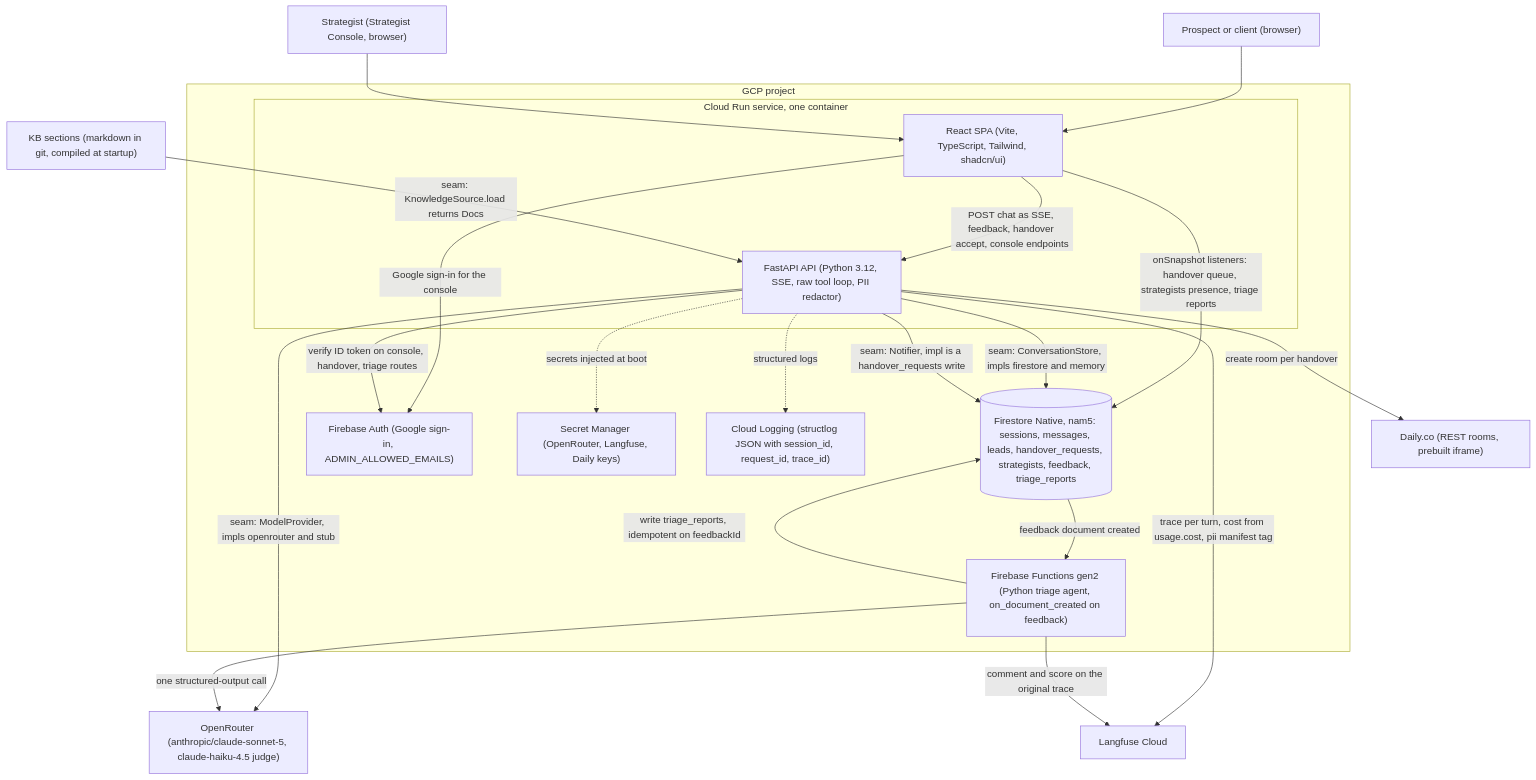
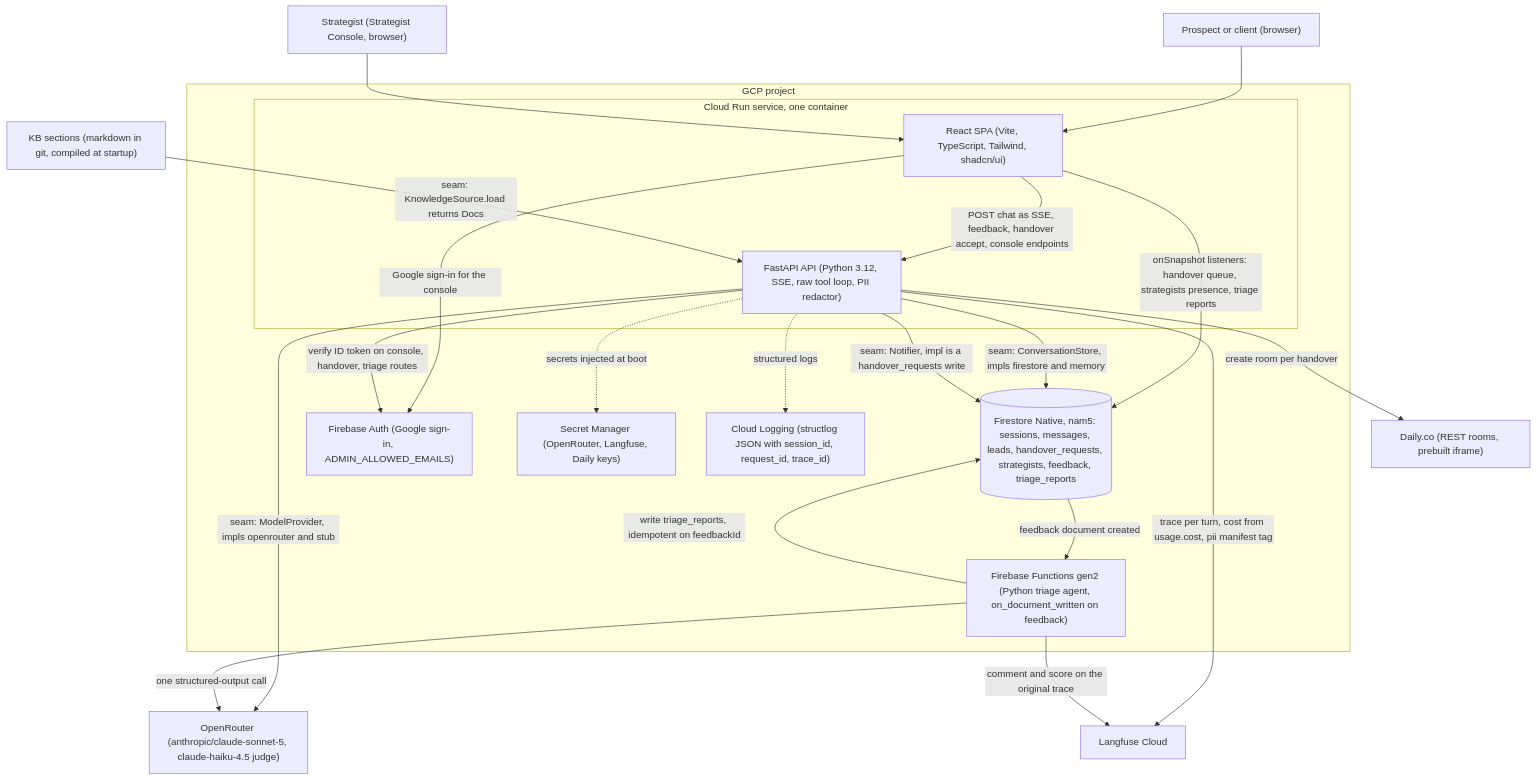
The second of 7 diagrams in docs/architecture.md (gsbecerrag/cadre-ai-challenge), drawn with Mermaid before and after one commit. The commit also changed other lines of this file, not shown here.

First line of the commit message:
docs(architecture): the Triage Report's shape and the trigger it is written from (ticket 14)

````diff
--- a/docs/architecture.md
+++ b/docs/architecture.md
@@ -37,37 +37,37 @@
 ```mermaid
 flowchart TB
   prospect["Prospect or client (browser)"]
   strategist["Strategist (Strategist Console, browser)"]
   kb["KB sections (markdown in git, compiled at startup)"]
   subgraph gcp["GCP project"]
     subgraph run["Cloud Run service, one container"]
       spa["React SPA (Vite, TypeScript, Tailwind, shadcn/ui)"]
       api["FastAPI API (Python 3.12, SSE, raw tool loop, PII redactor)"]
     end
     fs[("Firestore Native, nam5: sessions, messages, leads, handover_requests, strategists, feedback, triage_reports")]
     auth["Firebase Auth (Google sign-in, ADMIN_ALLOWED_EMAILS)"]
-    fn["Firebase Functions gen2 (Python triage agent, on_document_created on feedback)"]
+    fn["Firebase Functions gen2 (Python triage agent, on_document_written on feedback)"]
     sm["Secret Manager (OpenRouter, Langfuse, Daily keys)"]
     logs["Cloud Logging (structlog JSON with session_id, request_id, trace_id)"]
   end
   llm["OpenRouter (anthropic/claude-sonnet-5, claude-haiku-4.5 judge)"]
   langfuse["Langfuse Cloud"]
   daily["Daily.co (REST rooms, prebuilt iframe)"]
   prospect & strategist --> spa
   spa -->|"POST chat as SSE, feedback, handover accept, console endpoints"| api
   spa -->|"onSnapshot listeners: handover queue, strategists presence, triage reports"| fs
   spa -->|"Google sign-in for the console"| auth
   kb -->|"seam: KnowledgeSource.load returns Docs"| api
   api -->|"seam: ModelProvider, impls openrouter and stub"| llm
   api -->|"seam: ConversationStore, impls firestore and memory"| fs
   api -->|"seam: Notifier, impl is a handover_requests write"| fs
   api -->|"verify ID token on console, handover, triage routes"| auth
   api -->|"trace per turn, cost from usage.cost, pii manifest tag"| langfuse
   api -->|"create room per handover"| daily
   api -.->|"secrets injected at boot"| sm
   api -.->|"structured logs"| logs
   fs -->|"feedback document created"| fn
   fn -->|"one structured-output call"| llm
   fn -->|"write triage_reports, idempotent on feedbackId"| fs
   fn -->|"comment and score on the original trace"| langfuse
 ```
````
